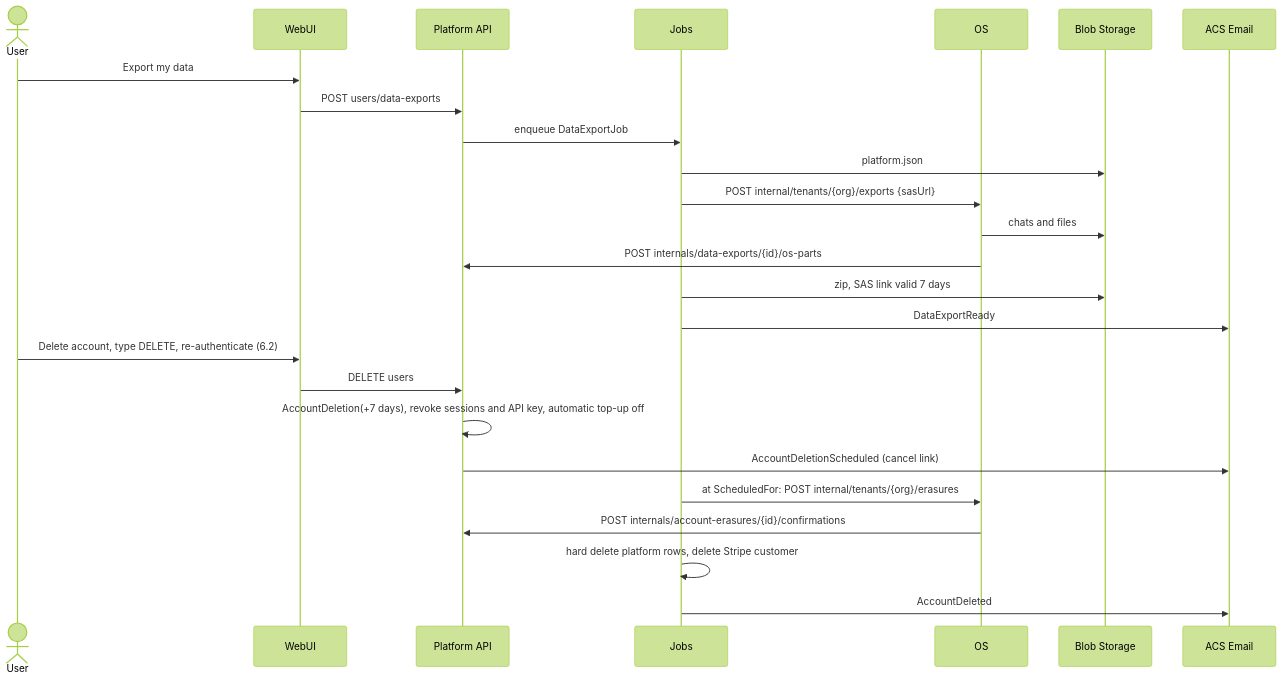
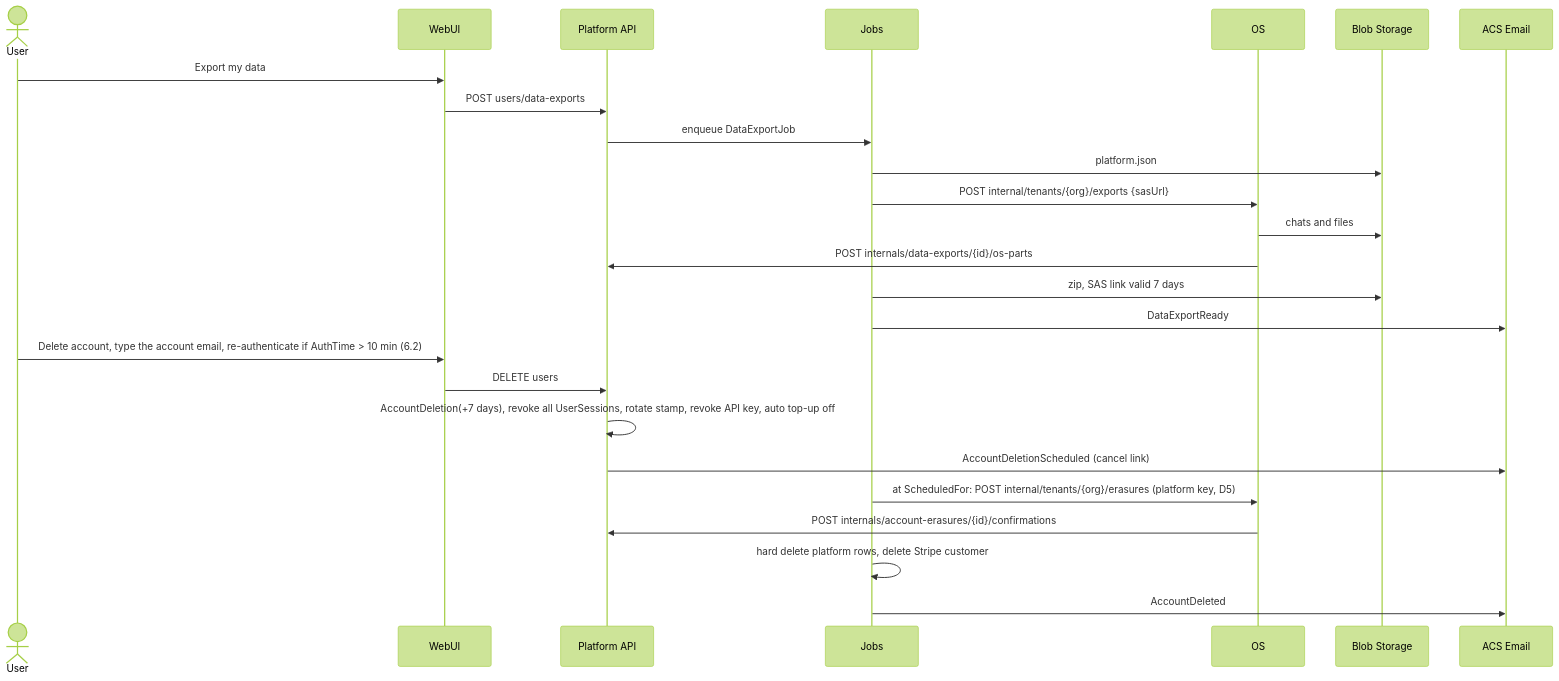
The eighth of 8 diagrams in plans/platform-product-flows-2026-10-18.md (intochat/digitalbrain.docs), drawn with Mermaid (forest theme) before and after one commit. The commit also changed other lines of this file, not shown here.

Commit message:
plan: revise W4 platform flows after design review

````diff
--- a/plans/platform-product-flows-2026-10-18.md
+++ b/plans/platform-product-flows-2026-10-18.md
@@ -638,27 +754,27 @@
 ```mermaid
 sequenceDiagram
   actor U as User
   participant W as WebUI
   participant P as Platform API
   participant J as Jobs
   participant O as OS
   participant B as Blob Storage
   participant E as ACS Email
   U->>W: Export my data
   W->>P: POST users/data-exports
   P->>J: enqueue DataExportJob
   J->>B: platform.json
   J->>O: POST internal/tenants/{org}/exports {sasUrl}
   O->>B: chats and files
   O->>P: POST internals/data-exports/{id}/os-parts
   J->>B: zip, SAS link valid 7 days
   J->>E: DataExportReady
-  U->>W: Delete account, type DELETE, re-authenticate (6.2)
+  U->>W: Delete account, type the account email, re-authenticate if AuthTime > 10 min (6.2)
   W->>P: DELETE users
-  P->>P: AccountDeletion(+7 days), revoke sessions and API key, automatic top-up off
+  P->>P: AccountDeletion(+7 days), revoke all UserSessions, rotate stamp, revoke API key, auto top-up off
   P->>E: AccountDeletionScheduled (cancel link)
-  J->>O: at ScheduledFor: POST internal/tenants/{org}/erasures
+  J->>O: at ScheduledFor: POST internal/tenants/{org}/erasures (platform key, D5)
   O->>P: POST internals/account-erasures/{id}/confirmations
   J->>J: hard delete platform rows, delete Stripe customer
   J->>E: AccountDeleted
 ```
````
